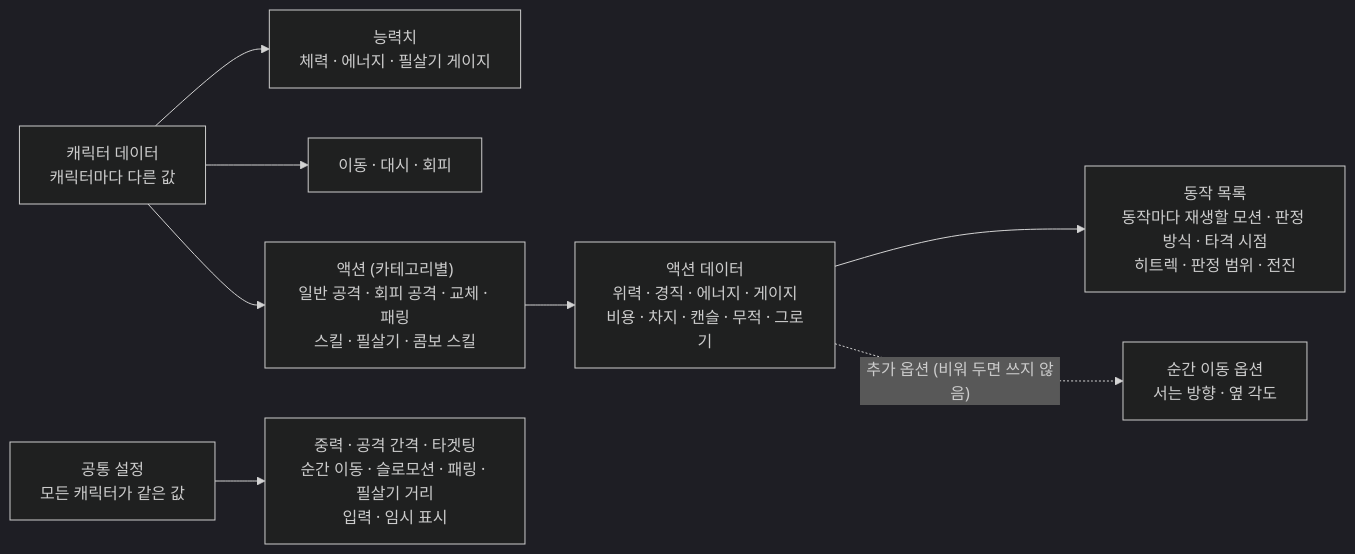
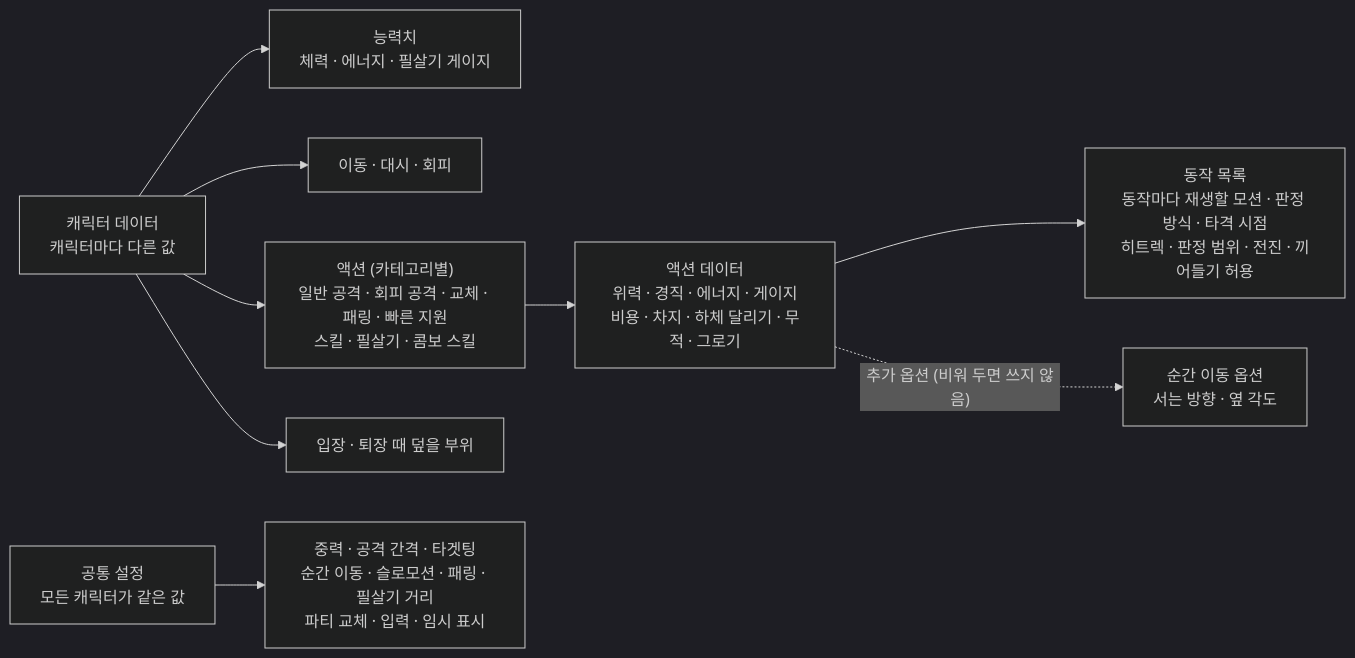
One commit to SquashPrince/Develrocket_mp15_HHH changed the third of 6 diagrams in Docs/Technical/Player/PlayerStructure.md. Above: the diagram before and after it, drawn with Mermaid (dark theme). The commit also changed other lines of this file and 10 other files, not shown here.

````diff
--- a/Docs/Technical/Player/PlayerStructure.md
+++ b/Docs/Technical/Player/PlayerStructure.md
@@ -84,10 +87,11 @@
 ```mermaid
 flowchart LR
     CH["캐릭터 데이터<br>캐릭터마다 다른 값"] --> STT["능력치<br>체력 · 에너지 · 필살기 게이지"]
     CH --> MV["이동 · 대시 · 회피"]
-    CH --> AC["액션 (카테고리별)<br>일반 공격 · 회피 공격 · 교체 · 패링<br>스킬 · 필살기 · 콤보 스킬"]
-    AC --> AD["액션 데이터<br>위력 · 경직 · 에너지 · 게이지<br>비용 · 차지 · 캔슬 · 무적 · 그로기"]
-    AD --> STP["동작 목록<br>동작마다 재생할 모션 · 판정 방식 · 타격 시점<br>히트렉 · 판정 범위 · 전진"]
+    CH --> AC["액션 (카테고리별)<br>일반 공격 · 회피 공격 · 교체 · 패링 · 빠른 지원<br>스킬 · 필살기 · 콤보 스킬"]
+    CH --> SW["입장 · 퇴장 때 덮을 부위"]
+    AC --> AD["액션 데이터<br>위력 · 경직 · 에너지 · 게이지<br>비용 · 차지 · 하체 달리기 · 무적 · 그로기"]
+    AD --> STP["동작 목록<br>동작마다 재생할 모션 · 판정 방식 · 타격 시점<br>히트렉 · 판정 범위 · 전진 · 끼어들기 허용"]
     AD -.->|"추가 옵션 (비워 두면 쓰지 않음)"| OP["순간 이동 옵션<br>서는 방향 · 옆 각도"]
-    CS["공통 설정<br>모든 캐릭터가 같은 값"] --> R["중력 · 공격 간격 · 타겟팅<br>순간 이동 · 슬로모션 · 패링 · 필살기 거리<br>입력 · 임시 표시"]
+    CS["공통 설정<br>모든 캐릭터가 같은 값"] --> R["중력 · 공격 간격 · 타겟팅<br>순간 이동 · 슬로모션 · 패링 · 필살기 거리<br>파티 교체 · 입력 · 임시 표시"]
 ```
````
